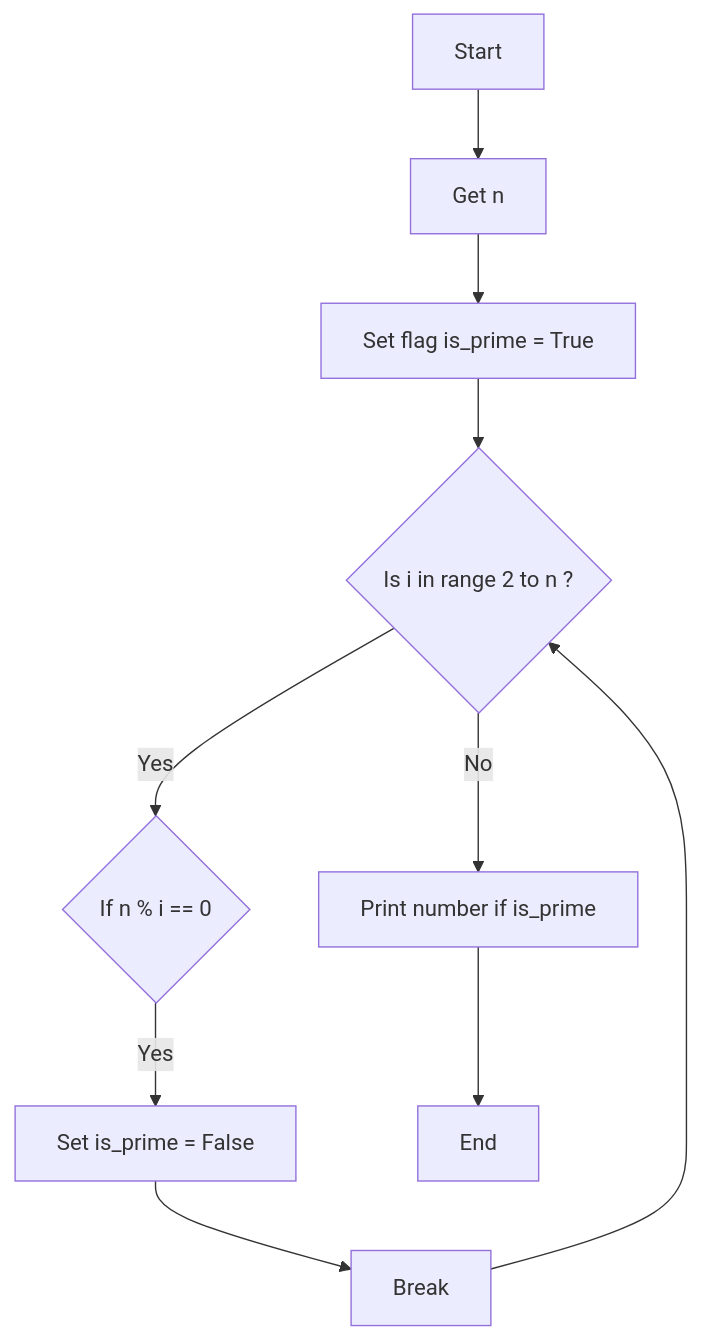
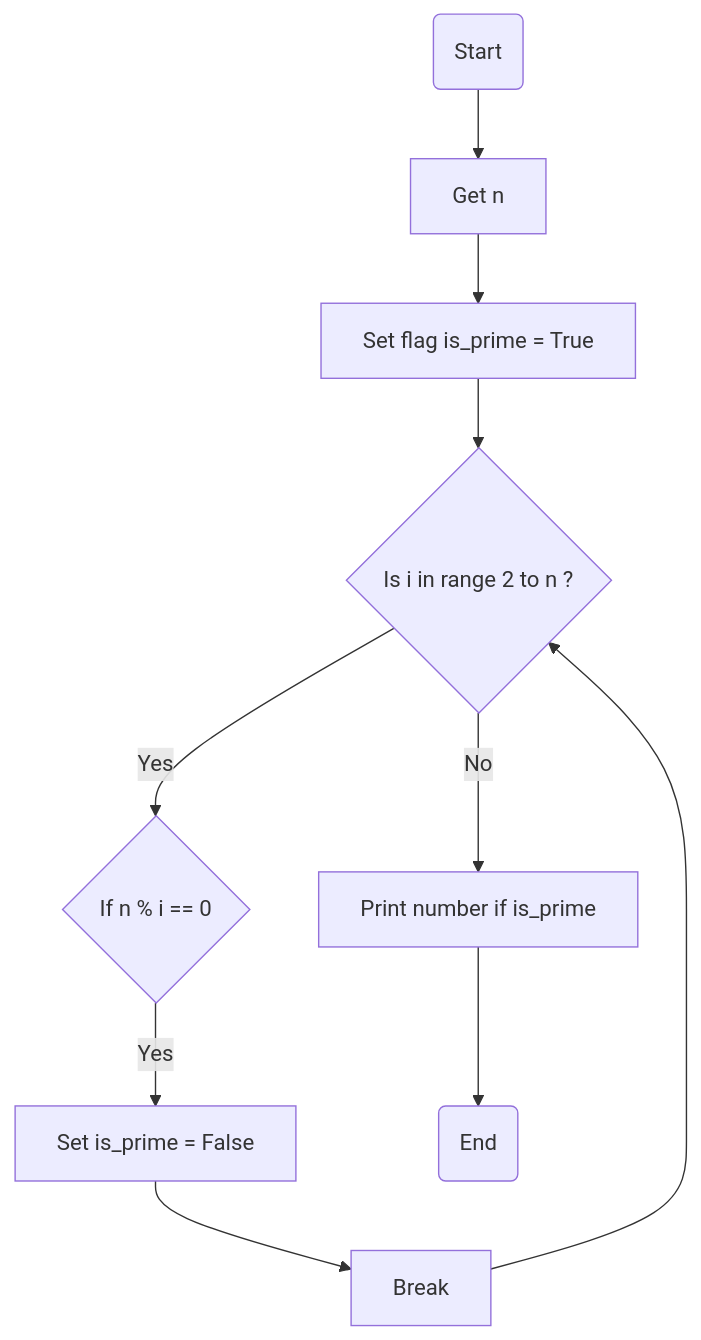
The diagram in exercises/exercise-3-2.md (hayyaun/kids), drawn with Mermaid before and after one commit. The commit also changed 2 other files, not shown here.

````diff
--- a/exercises/exercise-3-2.md
+++ b/exercises/exercise-3-2.md
@@ -16,12 +16,12 @@
 ```mermaid
 flowchart TD
-    A[Start] --> E[Get n]
+    A(Start) --> E[Get n]
     E --> F[Set flag is_prime = True]
     F --> G{Is i in range 2 to n ?}
     G -- No --> I[Print number if is_prime]
     G -- Yes --> H{If n % i == 0}
     H -- Yes --> J[Set is_prime = False]
     J --> B[Break]
     B --> G
-    I --> Z[End]
+    I --> Z(End)
 ```
````
